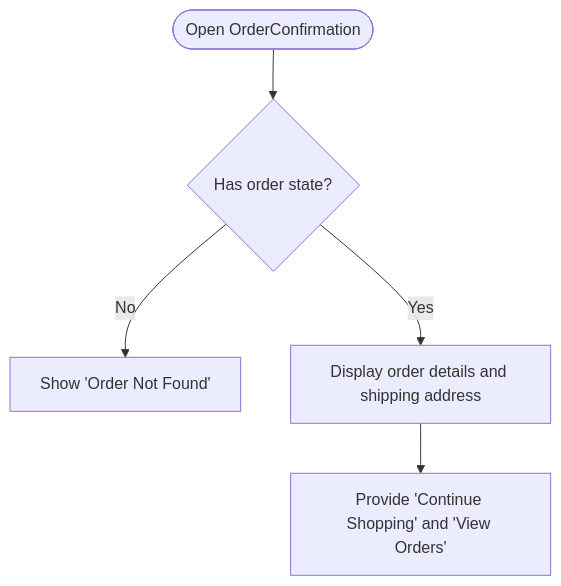
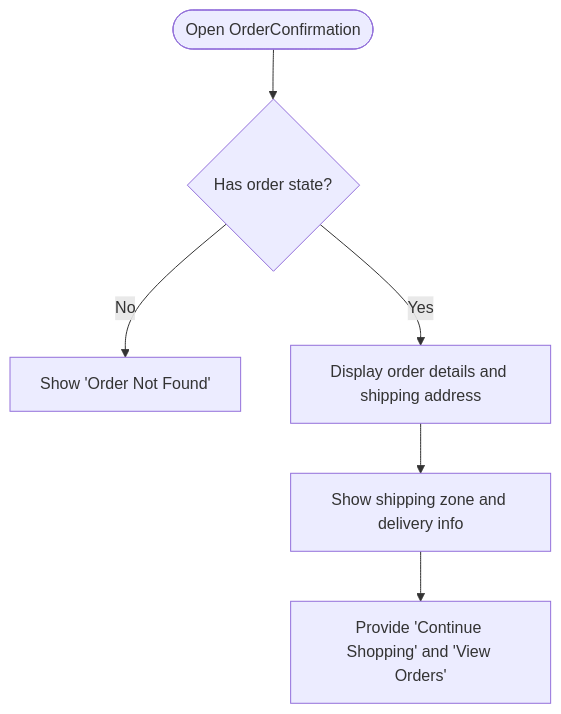
Before and after one commit to Pavan-PSPK9032/TrendsandToss: the seventh of 9 diagrams in .qoder/repowiki/en/content/Shopping Experience/Shopping Experience.md, drawn with Mermaid. The commit also changed other lines of this file and 16 other files, not shown here.

````diff
--- a/.qoder/repowiki/en/content/Shopping Experience/Shopping Experience.md
+++ b/.qoder/repowiki/en/content/Shopping Experience/Shopping Experience.md
@@ -360,7 +425,8 @@
 ```mermaid
 flowchart TD
 Start(["Open OrderConfirmation"]) --> State{"Has order state?"}
 State --> |No| NotFound["Show 'Order Not Found'"]
 State --> |Yes| Render["Display order details and shipping address"]
-Render --> Actions["Provide 'Continue Shopping' and 'View Orders'"]
+Render --> Zone["Show shipping zone and delivery info"]
+Zone --> Actions["Provide 'Continue Shopping' and 'View Orders'"]
 ```
````
